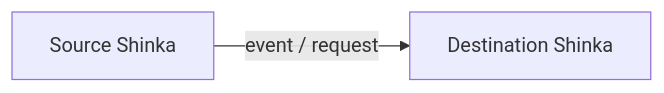
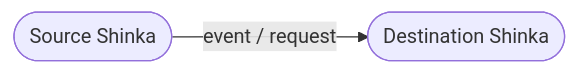
Before and after one commit to shinka-rpc/shinka-js: the first of 4 diagrams in docs/scenarios/pass-through.md, drawn with Mermaid. The commit also changed other lines of this file and 2 other files, not shown here.

Commit message:
Fix mermaid diagrams

````diff
--- a/docs/scenarios/pass-through.md
+++ b/docs/scenarios/pass-through.md
@@ -6,7 +6,7 @@
 ```mermaid
 flowchart LR
-    A["Source Shinka"]
-    B["Destination Shinka"]
+    A(["Source Shinka"])
+    B(["Destination Shinka"])
 
     A -->|"event / request"| B
 ```
````
